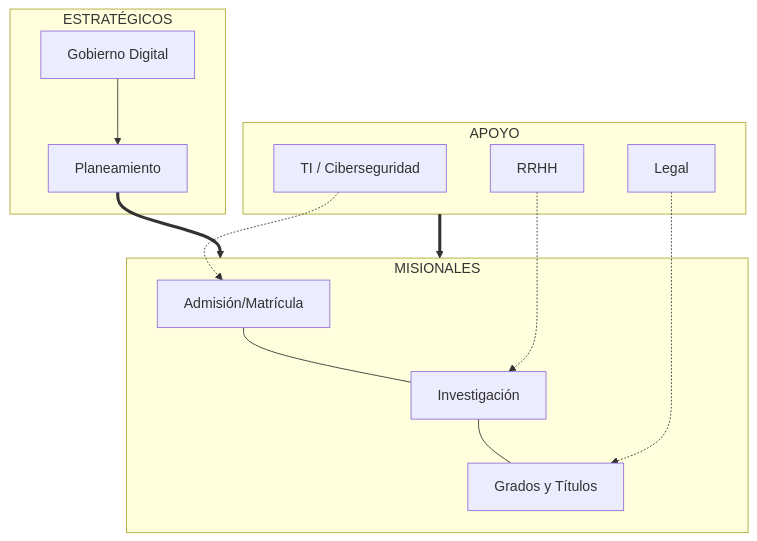
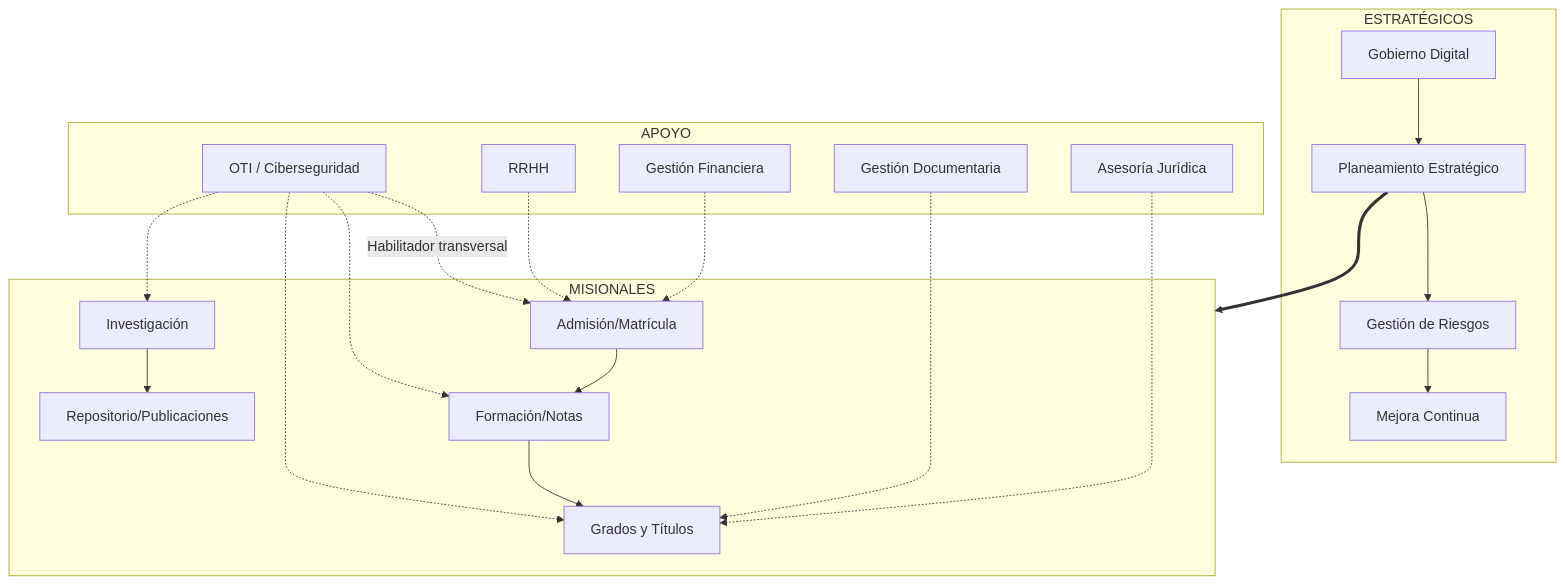
One commit to jhulio435m/SGSI changed the second of 2 diagrams in UNCP/sgsi/01_CONTEXTO_DE_LA_ORGANIZACION/D-SGSI-07-Mapa-Procesos.md. Above: the diagram before and after it, drawn with Mermaid. The commit also changed other lines of this file and 27 other files, not shown here.

````diff
--- a/UNCP/sgsi/01_CONTEXTO_DE_LA_ORGANIZACION/D-SGSI-07-Mapa-Procesos.md
+++ b/UNCP/sgsi/01_CONTEXTO_DE_LA_ORGANIZACION/D-SGSI-07-Mapa-Procesos.md
@@ -38,20 +103,32 @@
 ```mermaid
 graph TD
     subgraph ESTRATÉGICOS
-        P1[Gobierno Digital] --> P2[Planeamiento]
+        P1[Gobierno Digital] --> P2[Planeamiento Estratégico]
+        P2 --> P3[Gestión de Riesgos]
+        P3 --> P4[Mejora Continua]
     end
     
     subgraph MISIONALES
-        M1[Admisión/Matrícula] --- M2[Investigación]
-        M2 --- M3[Grados y Títulos]
+        M1[Admisión/Matrícula] --> M2[Formación/Notas]
+        M2 --> M3[Grados y Títulos]
+        M4[Investigación] --> M5[Repositorio/Publicaciones]
     end
     
     subgraph APOYO
-        S1[TI / Ciberseguridad] -.-> M1
-        S2[RRHH] -.-> M2
-        S3[Legal] -.-> M3
+        S1[OTI / Ciberseguridad]
+        S2[RRHH]
+        S3[Gestión Financiera]
+        S4[Gestión Documentaria]
+        S5[Asesoría Jurídica]
     end
     
     P2 ==> MISIONALES
-    APOYO ==> MISIONALES
+    S1 -.->|Habilitador transversal| M1
+    S1 -.-> M2
+    S1 -.-> M3
+    S1 -.-> M4
+    S2 -.-> M1
+    S3 -.-> M1
+    S4 -.-> M3
+    S5 -.-> M3
 ```
````
